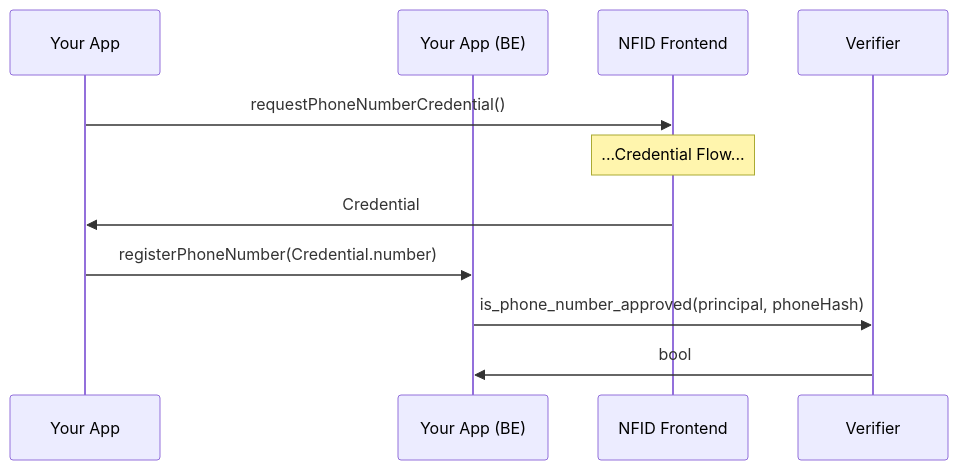
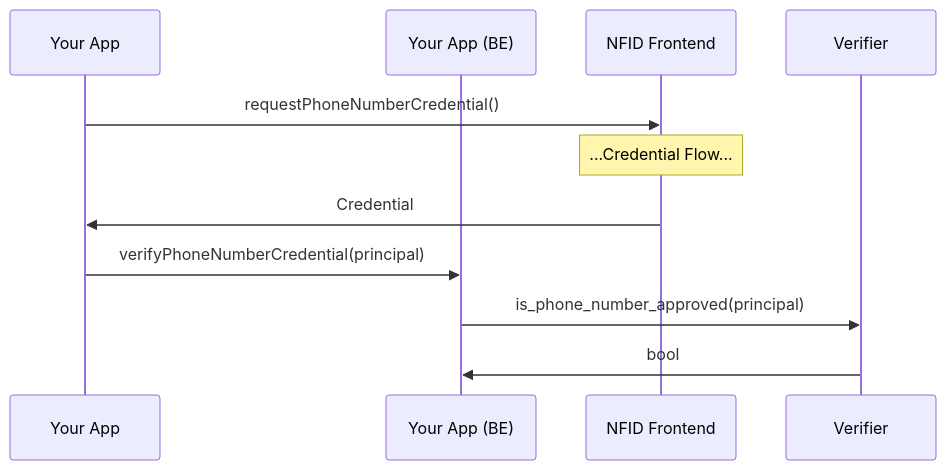
One commit to internet-identity-labs/sdk-ts changed the diagram in packages/credentials/readme.md. Above: the diagram before and after it, drawn with Mermaid. The commit also changed other lines of this file, not shown here.

````diff
--- a/packages/credentials/readme.md
+++ b/packages/credentials/readme.md
@@ -54,14 +45,14 @@
 ```mermaid
 sequenceDiagram
     participant Your App
     participant Your App (BE)
     participant NFID Frontend
     participant Verifier
 
     Your App->>NFID Frontend: requestPhoneNumberCredential()
     note over NFID Frontend: ...Credential Flow...
     NFID Frontend->>Your App: Credential
-    Your App->>Your App (BE): registerPhoneNumber(Credential.number)
-    Your App (BE)->>Verifier: is_phone_number_approved(principal, phoneHash)
+    Your App->>Your App (BE): verifyPhoneNumberCredential(principal)
+    Your App (BE)->>Verifier: is_phone_number_approved(principal)
     Verifier->>Your App (BE): bool
 ```
````
